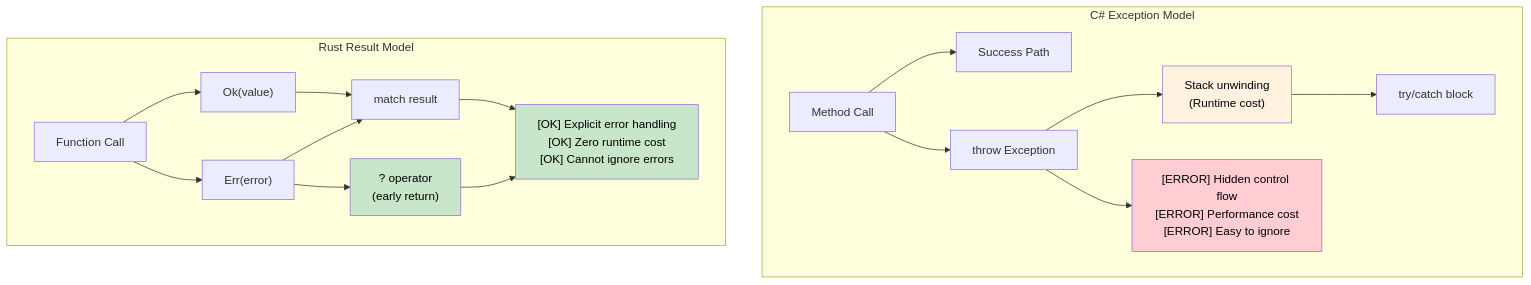
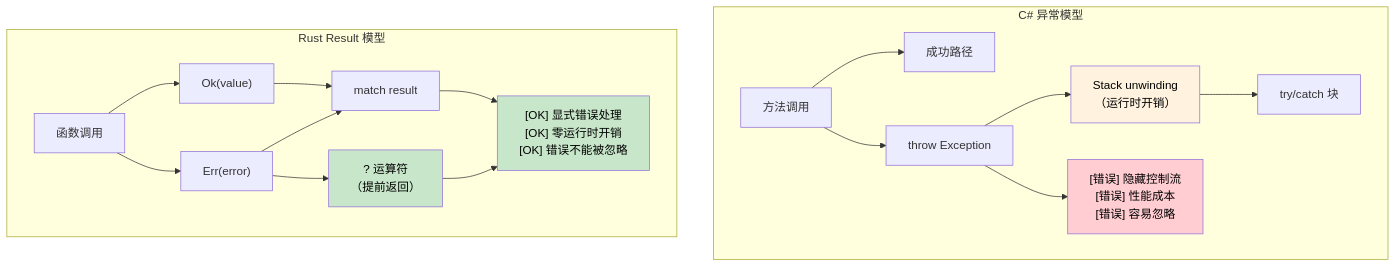
One commit to xiaofengoop/rust-for-csharp-programmers-zh-cn changed the diagram in zh-cn/csharp-book/src/ch09-error-handling.md. Above: the diagram before and after it, drawn with Mermaid. The commit also changed other lines of this file and 38 other files, not shown here.

````diff
--- a/zh-cn/csharp-book/src/ch09-error-handling.md
+++ b/zh-cn/csharp-book/src/ch09-error-handling.md
@@ -126,39 +130,39 @@
 ```mermaid
 graph TD
-    subgraph "C# Exception Model"
-        CS_CALL["Method Call"]
-        CS_SUCCESS["Success Path"]
+    subgraph "C# 异常模型"
+        CS_CALL["方法调用"]
+        CS_SUCCESS["成功路径"]
         CS_EXCEPTION["throw Exception"]
-        CS_STACK["Stack unwinding<br/>(Runtime cost)"]
-        CS_CATCH["try/catch block"]
-        CS_HIDDEN["[ERROR] Hidden control flow<br/>[ERROR] Performance cost<br/>[ERROR] Easy to ignore"]
+        CS_STACK["Stack unwinding<br/>（运行时开销）"]
+        CS_CATCH["try/catch 块"]
+        CS_HIDDEN["[错误] 隐藏控制流<br/>[错误] 性能成本<br/>[错误] 容易忽略"]
         
         CS_CALL --> CS_SUCCESS
         CS_CALL --> CS_EXCEPTION
         CS_EXCEPTION --> CS_STACK
         CS_STACK --> CS_CATCH
         CS_EXCEPTION --> CS_HIDDEN
     end
     
-    subgraph "Rust Result Model"
-        RUST_CALL["Function Call"]
+    subgraph "Rust Result 模型"
+        RUST_CALL["函数调用"]
         RUST_OK["Ok(value)"]
         RUST_ERR["Err(error)"]
         RUST_MATCH["match result"]
-        RUST_QUESTION["? operator<br/>(early return)"]
-        RUST_EXPLICIT["[OK] Explicit error handling<br/>[OK] Zero runtime cost<br/>[OK] Cannot ignore errors"]
+        RUST_QUESTION["? 运算符<br/>（提前返回）"]
+        RUST_EXPLICIT["[OK] 显式错误处理<br/>[OK] 零运行时开销<br/>[OK] 错误不能被忽略"]
         
         RUST_CALL --> RUST_OK
         RUST_CALL --> RUST_ERR
         RUST_OK --> RUST_MATCH
         RUST_ERR --> RUST_MATCH
         RUST_ERR --> RUST_QUESTION
         RUST_MATCH --> RUST_EXPLICIT
         RUST_QUESTION --> RUST_EXPLICIT
     end
     
     style CS_HIDDEN fill:#ffcdd2,color:#000
     style RUST_EXPLICIT fill:#c8e6c9,color:#000
     style CS_STACK fill:#fff3e0,color:#000
     style RUST_QUESTION fill:#c8e6c9,color:#000
 ```
````
